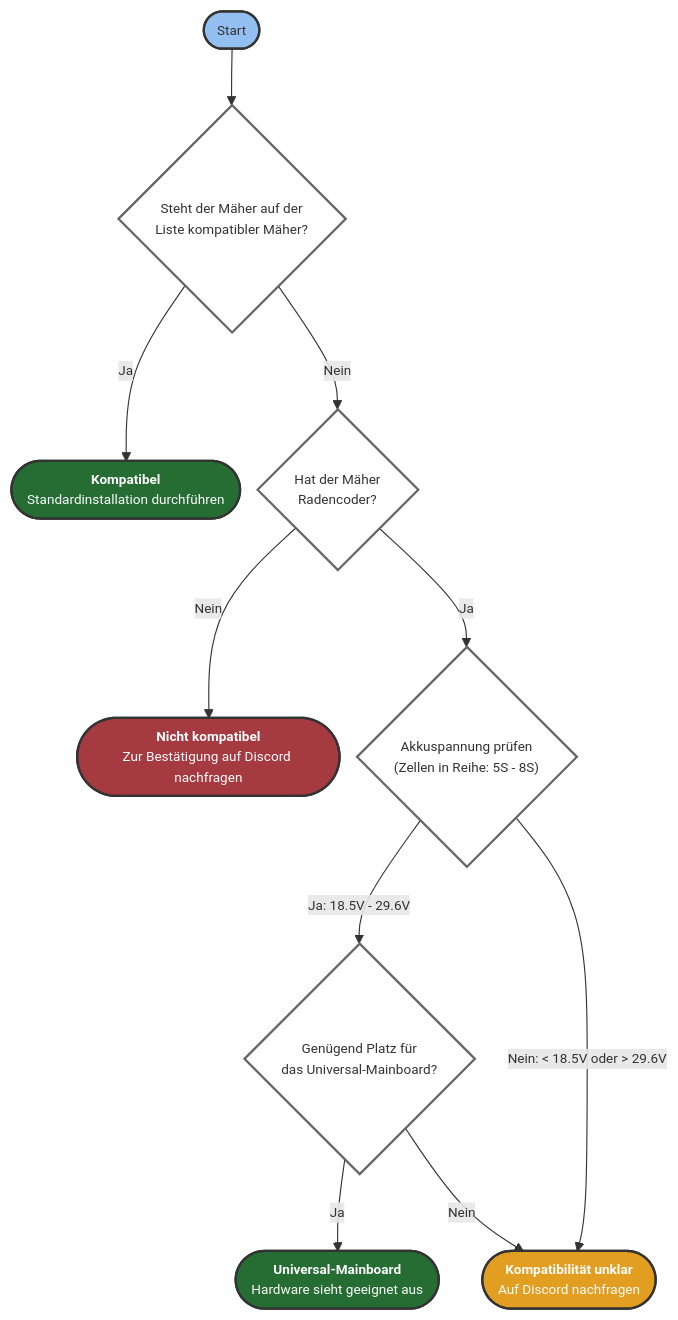
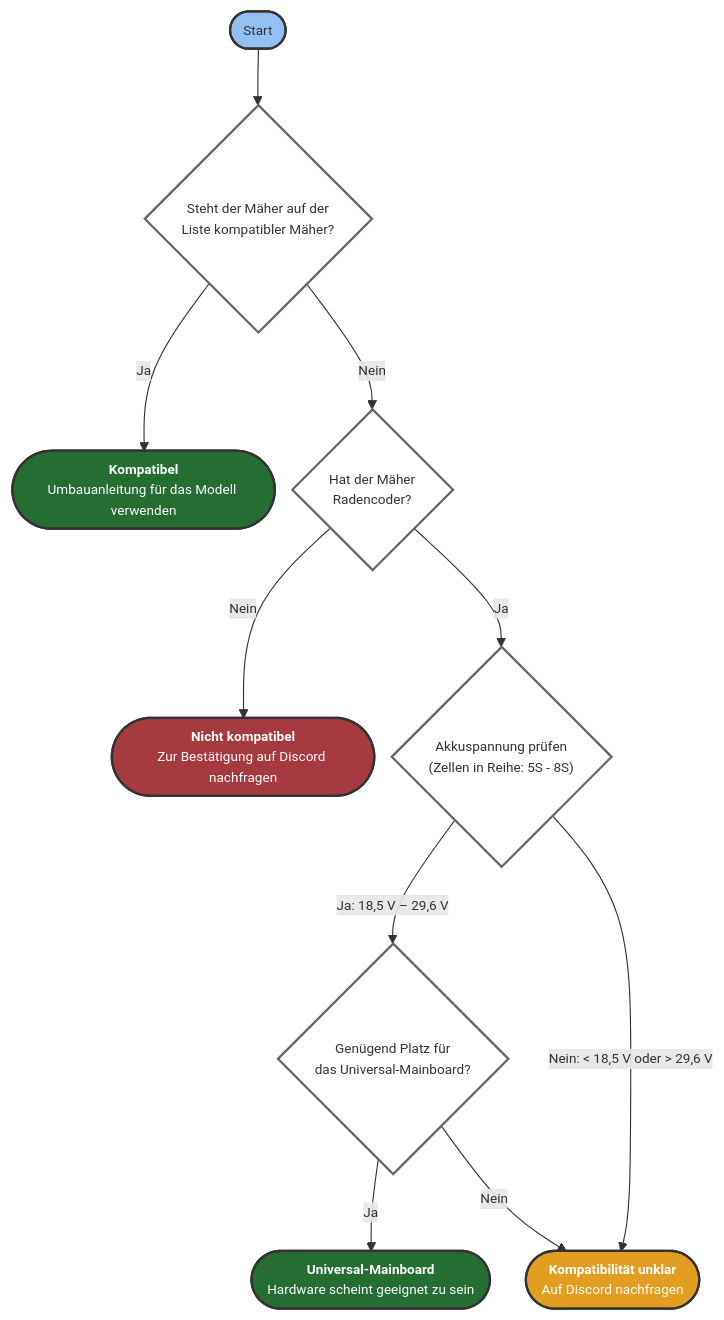
Before and after one commit to ClemensElflein/openmower.de: the diagram in content/de/docs/step-by-step/1-check-compatibility/index.md, drawn with Mermaid. The commit also changed 55 other files, not shown here.

````diff
--- a/content/de/docs/step-by-step/1-check-compatibility/index.md
+++ b/content/de/docs/step-by-step/1-check-compatibility/index.md
@@ -10,53 +10,53 @@
 ```mermaid
 %%{init: {
   "flowchart": {
     "nodeSpacing": 15,
     "diagramPadding": 3
   },
   "themeVariables": {
     "fontSize": "12px"
   }
 }}%%
 
 flowchart TD
     %% Nodes
     Start([Start])
     CheckList{"Steht der Mäher auf der<br/>Liste kompatibler Mäher?"}
-    Compatible(["<b>Kompatibel</b><br/>Standardinstallation durchführen"])
+    Compatible(["<b>Kompatibel</b><br/>Umbauanleitung für das Modell verwenden"])
     CheckEncoders{"Hat der Mäher<br/>Radencoder?"}
     Incompatible(["<b>Nicht kompatibel</b><br/>Zur Bestätigung auf Discord nachfragen"])
     CheckBattery{"Akkuspannung prüfen<br/>(Zellen in Reihe: 5S - 8S)"}
     CheckSpace{"Genügend Platz für<br/>das Universal-Mainboard?"}
-    UniversalMainboard(["<b>Universal-Mainboard</b><br/>Hardware sieht geeignet aus"])
+    UniversalMainboard(["<b>Universal-Mainboard</b><br/>Hardware scheint geeignet zu sein"])
     AskDiscord(["<b>Kompatibilität unklar</b><br/>Auf Discord nachfragen"])
 
     %% Classes
     classDef decision fill:#FFF,stroke:#666,stroke-width:2px,color:#333;
 
     %% Assign class to decision nodes
     class CheckList,CheckEncoders,CheckBattery,CheckSpace decision;
     
     %% Styles
     style Start fill:#93c0f0,stroke:#333,stroke-width:2px,color:#333
     style Compatible fill:#256d33,stroke:#333,stroke-width:2px,color:#fcfcfc
     style UniversalMainboard fill:#256d33,stroke:#333,stroke-width:2px,color:#fcfcfc
     style Incompatible fill:#a63a41,stroke:#333,stroke-width:2px,color:#fcfcfc
     style AskDiscord fill:#e19e20,stroke:#333,stroke-width:2px,color:#fcfcfc
 
     %% Logic Connections
     Start --> CheckList
     
     CheckList -- Ja --> Compatible
     CheckList -- Nein --> CheckEncoders
     
     CheckEncoders -- Nein --> Incompatible
     CheckEncoders -- Ja --> CheckBattery
     
     %% Voltage Calculation: 
     %% 5S (5 * 3.6V = 18V) to 8S (8 * 4.2V = 33.6V)
-    CheckBattery -- "Ja: 18.5V - 29.6V" --> CheckSpace
-    CheckBattery -- "Nein: < 18.5V oder > 29.6V" --> AskDiscord
+    CheckBattery -- "Ja: 18,5 V – 29,6 V" --> CheckSpace
+    CheckBattery -- "Nein: < 18,5 V oder > 29,6 V" --> AskDiscord
 
     CheckSpace -- Ja --> UniversalMainboard
     CheckSpace -- Nein --> AskDiscord
 ```
````
